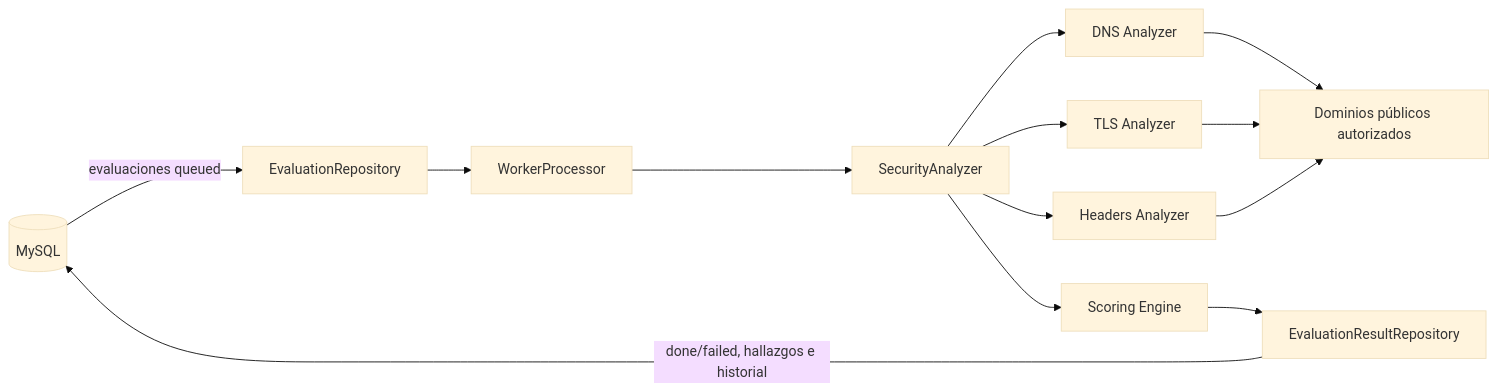
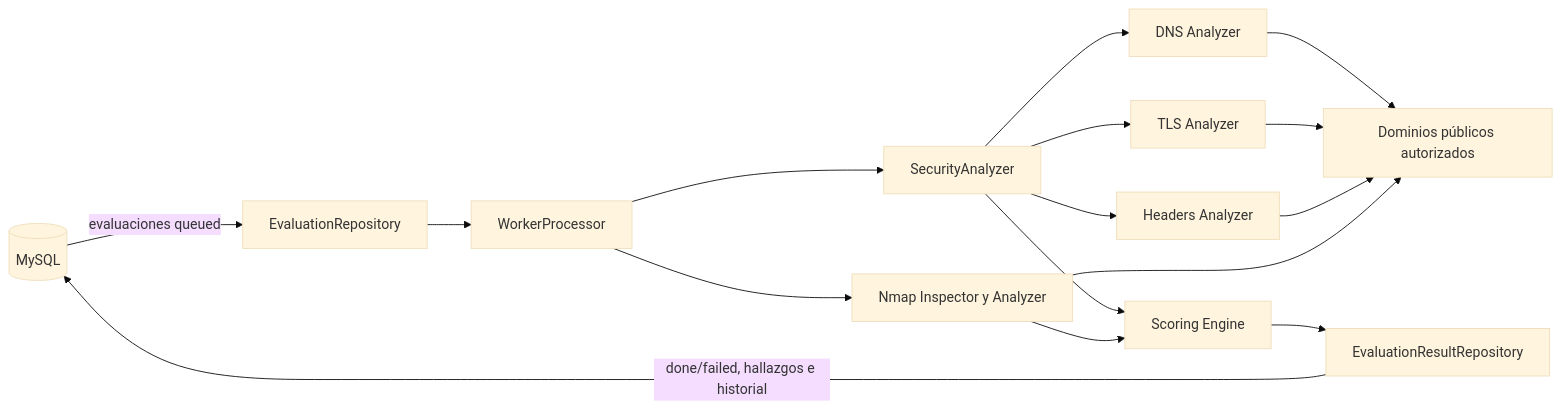
Before and after one commit to DeviDO527/cyberscore-worker: the diagram in README.md, drawn with Mermaid (base theme). The commit also changed other lines of this file and 52 other files, not shown here.

````diff
--- a/README.md
+++ b/README.md
@@ -49,26 +50,30 @@
 ```mermaid
 flowchart LR
     DB[(MySQL)]
     ER[EvaluationRepository]
     WP[WorkerProcessor]
     SA[SecurityAnalyzer]
     DNS[DNS Analyzer]
     TLS[TLS Analyzer]
     HTTP[Headers Analyzer]
+    NMAP[Nmap Inspector y Analyzer]
     SC[Scoring Engine]
     RR[EvaluationResultRepository]
     EXT[Dominios públicos autorizados]
 
     DB -->|evaluaciones queued| ER
     ER --> WP
     WP --> SA
     SA --> DNS
     SA --> TLS
     SA --> HTTP
+    WP --> NMAP
     DNS --> EXT
     TLS --> EXT
     HTTP --> EXT
+    NMAP --> EXT
     SA --> SC
+    NMAP --> SC
     SC --> RR
     RR -->|done/failed, hallazgos e historial| DB
 ```
````
